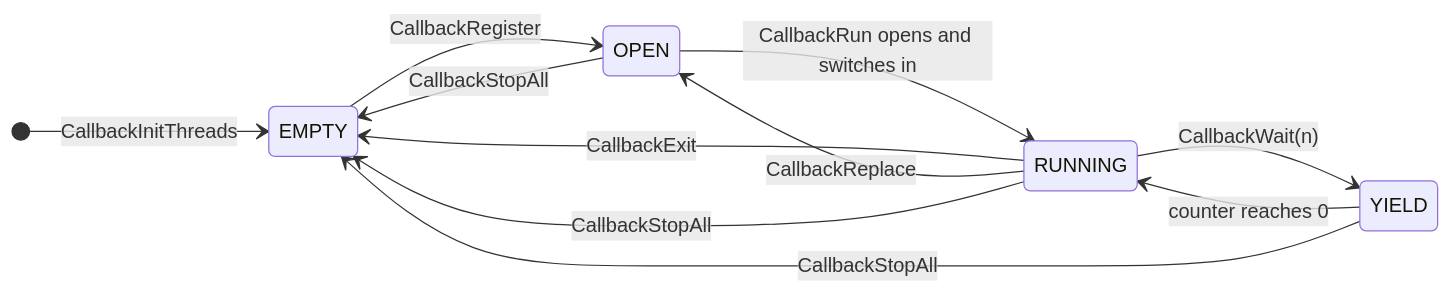
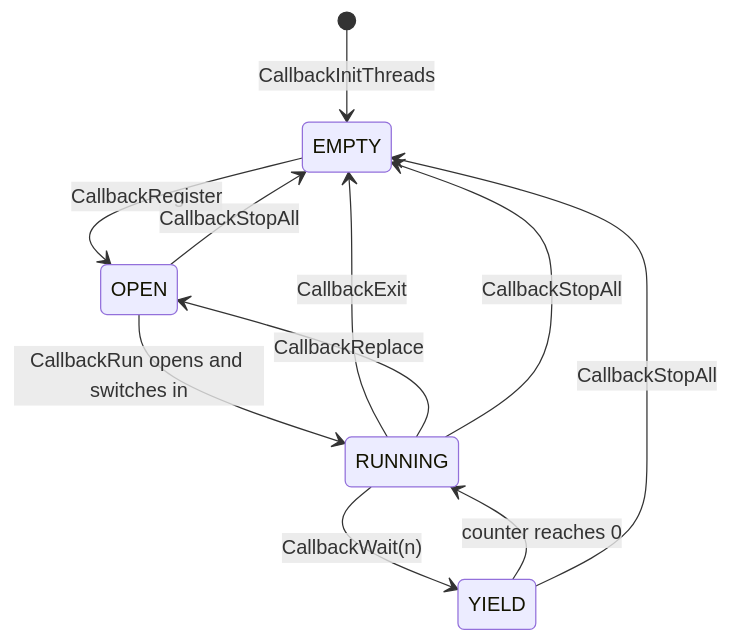
Before and after one commit to raulcorreia7/bof3-wiki: the diagram in src/content/docs/concepts/scheduler.md, drawn with Mermaid. The commit also changed 13 other files, not shown here.

Commit message:
docs: redraw the diagrams to fit the page column at full text size

````diff
--- a/src/content/docs/concepts/scheduler.md
+++ b/src/content/docs/concepts/scheduler.md
@@ -20,14 +20,14 @@
 ```mermaid
 stateDiagram-v2
-    direction LR
+    direction TB
     [*] --> EMPTY: CallbackInitThreads
     EMPTY --> OPEN: CallbackRegister
     OPEN --> RUNNING: CallbackRun opens and switches in
     RUNNING --> YIELD: CallbackWait(n)
     YIELD --> RUNNING: counter reaches 0
     RUNNING --> EMPTY: CallbackExit
     RUNNING --> OPEN: CallbackReplace
     OPEN --> EMPTY: CallbackStopAll
     YIELD --> EMPTY: CallbackStopAll
     RUNNING --> EMPTY: CallbackStopAll
 ```
````
